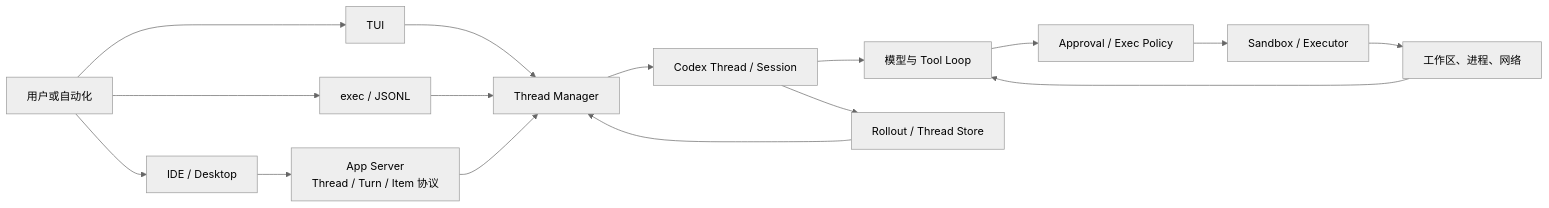
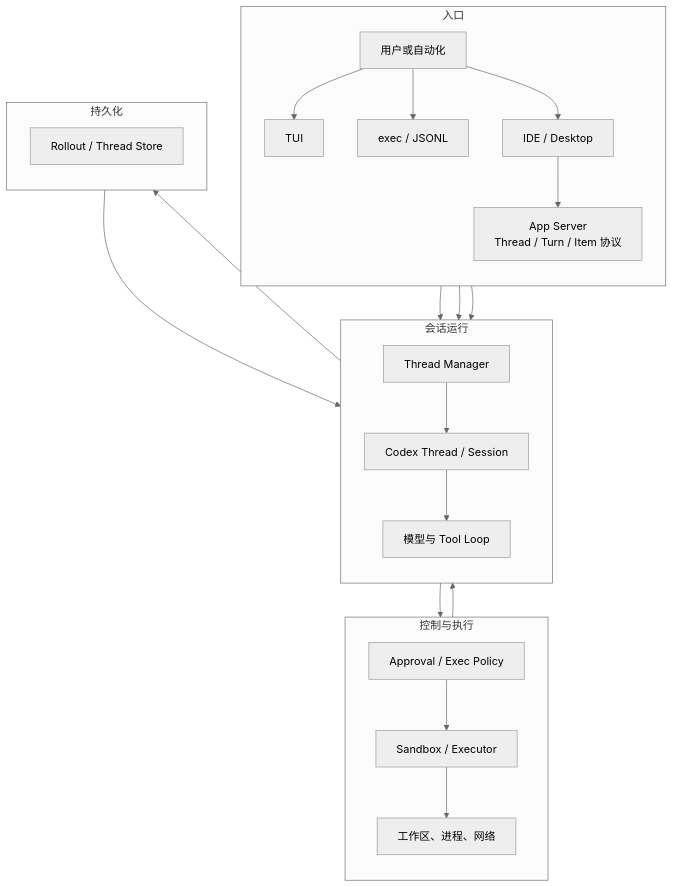
One commit to specialpointcentral/harness changed the diagram in docs/harness-survey/23_codex.md. Above: the diagram before and after it, drawn with Mermaid (neutral theme). The commit also changed 18 other files, not shown here.

First line of the commit message:
docs: improve diagram layouts and tidy supporting files

````diff
--- a/docs/harness-survey/23_codex.md
+++ b/docs/harness-survey/23_codex.md
@@ -29,28 +29,39 @@
 ```mermaid
-flowchart LR
-  U[用户或自动化]
-  T[TUI]
-  X[exec / JSONL]
-  I[IDE / Desktop]
-  A[App Server<br/>Thread / Turn / Item 协议]
-  M[Thread Manager]
-  C[Codex Thread / Session]
-  L[模型与 Tool Loop]
-  P[Approval / Exec Policy]
-  S[Sandbox / Executor]
-  R[Rollout / Thread Store]
-  W[工作区、进程、网络]
-
-  U --> T
-  U --> X
-  U --> I
-  I --> A
+flowchart TB
+  subgraph ENTRY[入口]
+    direction TB
+    U[用户或自动化]
+    T[TUI]
+    X[exec / JSONL]
+    I[IDE / Desktop]
+    A[App Server<br/>Thread / Turn / Item 协议]
+    U --> T
+    U --> X
+    U --> I
+    I --> A
+  end
+  subgraph SESSION[会话运行]
+    direction TB
+    M[Thread Manager]
+    C[Codex Thread / Session]
+    L[模型与 Tool Loop]
+  end
+  subgraph EXEC[控制与执行]
+    direction TB
+    P[Approval / Exec Policy]
+    S[Sandbox / Executor]
+    W[工作区、进程、网络]
+  end
+  subgraph STORE[持久化]
+    direction TB
+    R[Rollout / Thread Store]
+  end
   T --> M
   X --> M
   A --> M
   M --> C --> L
   L --> P --> S --> W
   W --> L
   C --> R
   R --> M
 ```
````
